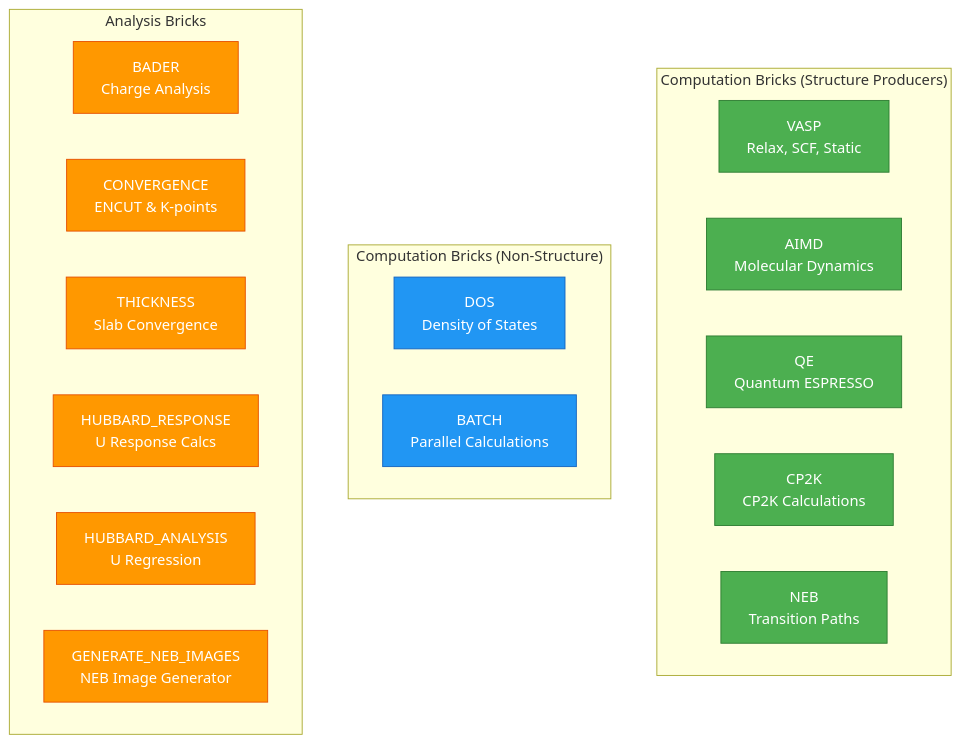
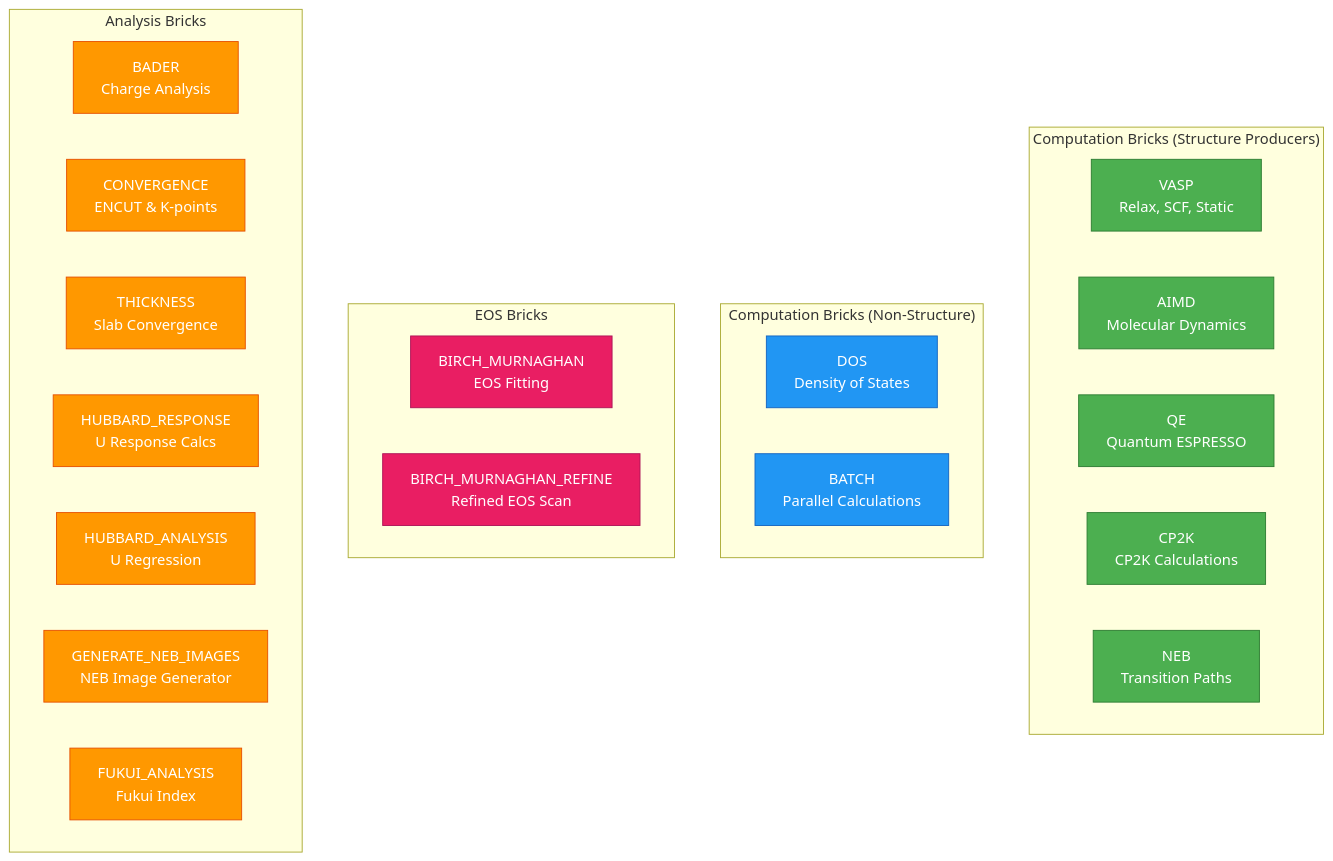
The first of 13 diagrams in docs/BRICK_CONNECTIONS.md (DoriniTT/quantum-lego), drawn with Mermaid before and after one commit. The commit also changed other lines of this file and 11 other files, not shown here.

````diff
--- a/docs/BRICK_CONNECTIONS.md
+++ b/docs/BRICK_CONNECTIONS.md
@@ -19,38 +19,47 @@
 ```mermaid
 graph TB
     subgraph "Computation Bricks (Structure Producers)"
         VASP[VASP<br/>Relax, SCF, Static]
         AIMD[AIMD<br/>Molecular Dynamics]
         QE[QE<br/>Quantum ESPRESSO]
         CP2K[CP2K<br/>CP2K Calculations]
         NEB[NEB<br/>Transition Paths]
     end
 
     subgraph "Computation Bricks (Non-Structure)"
         DOS[DOS<br/>Density of States]
         BATCH[BATCH<br/>Parallel Calculations]
     end
 
+    subgraph "EOS Bricks"
+        BM[BIRCH_MURNAGHAN<br/>EOS Fitting]
+        BM_REF[BIRCH_MURNAGHAN_REFINE<br/>Refined EOS Scan]
+    end
+
     subgraph "Analysis Bricks"
         BADER[BADER<br/>Charge Analysis]
         CONV[CONVERGENCE<br/>ENCUT & K-points]
         THICK[THICKNESS<br/>Slab Convergence]
         HUBB_R[HUBBARD_RESPONSE<br/>U Response Calcs]
         HUBB_A[HUBBARD_ANALYSIS<br/>U Regression]
         GEN_NEB[GENERATE_NEB_IMAGES<br/>NEB Image Generator]
+        FUKUI[FUKUI_ANALYSIS<br/>Fukui Index]
     end
 
     style VASP fill:#4CAF50,stroke:#2E7D32,color:#fff
     style AIMD fill:#4CAF50,stroke:#2E7D32,color:#fff
     style QE fill:#4CAF50,stroke:#2E7D32,color:#fff
     style CP2K fill:#4CAF50,stroke:#2E7D32,color:#fff
     style NEB fill:#4CAF50,stroke:#2E7D32,color:#fff
     style DOS fill:#2196F3,stroke:#1565C0,color:#fff
     style BATCH fill:#2196F3,stroke:#1565C0,color:#fff
     style BADER fill:#FF9800,stroke:#E65100,color:#fff
     style CONV fill:#FF9800,stroke:#E65100,color:#fff
     style THICK fill:#FF9800,stroke:#E65100,color:#fff
     style HUBB_R fill:#FF9800,stroke:#E65100,color:#fff
     style HUBB_A fill:#FF9800,stroke:#E65100,color:#fff
     style GEN_NEB fill:#FF9800,stroke:#E65100,color:#fff
+    style FUKUI fill:#FF9800,stroke:#E65100,color:#fff
+    style BM fill:#E91E63,stroke:#AD1457,color:#fff
+    style BM_REF fill:#E91E63,stroke:#AD1457,color:#fff
 ```
````
